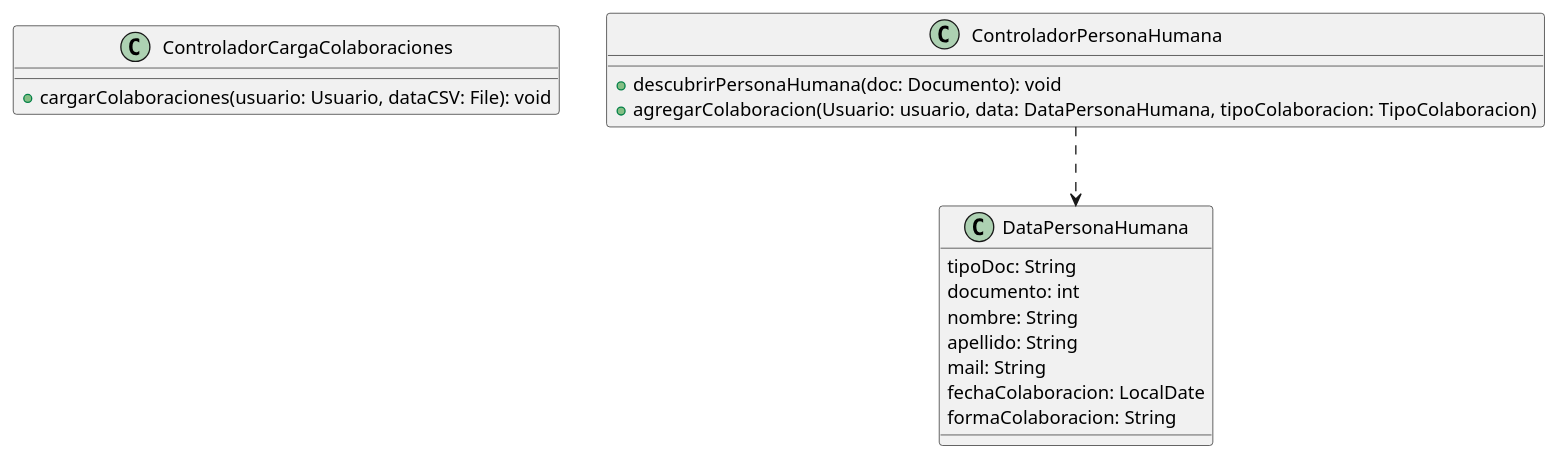
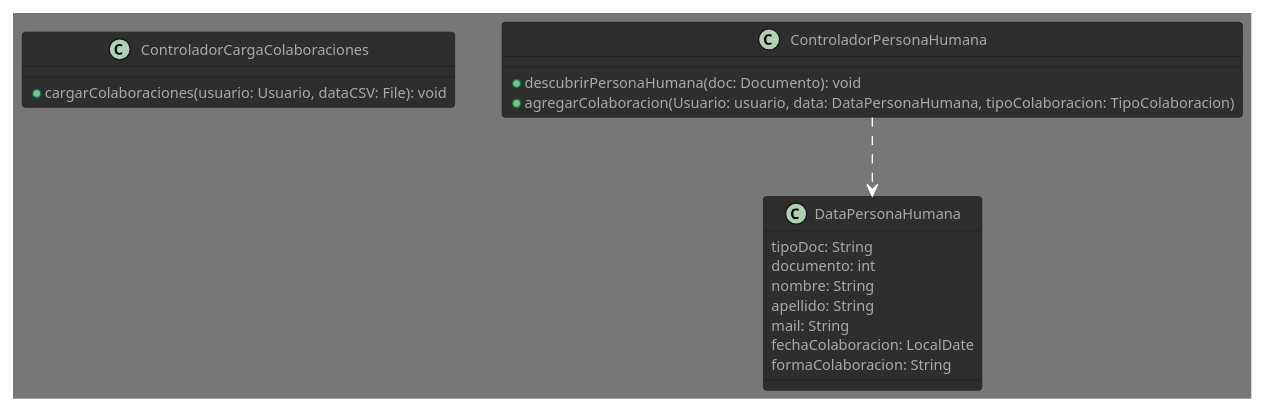
One commit to eitan-wajsberg/tp-anual-dds-2024 changed the diagram in documentos/segundaEntrega/diagramaDeClasesControladores.puml. Above: the diagram before and after it, drawn with PlantUML. The commit also changed 2 other files, not shown here.

```diff
--- a/documentos/segundaEntrega/diagramaDeClasesControladores.puml
+++ b/documentos/segundaEntrega/diagramaDeClasesControladores.puml
@@ -1,79 +1,80 @@
 @startuml diagramaDeClasesControladores
+!theme reddress-darkblue
 
 class ControladorCargaColaboraciones {
     + cargarColaboraciones(usuario: Usuario, dataCSV: File): void
 }
 
 /'
 void cargarColaboraciones(usuario: Usuario, archivoCSV: String){
     
     Permiso permisoCargarColaboraciones = RepositorioPermisos.buscar("CARGAR_COLABORACION");
     if(!usuario.getRol().tenesPermiso(permisoCargarColaboraciones)) {
         throw new PermisoInsuficienteException(permisoCargarColaboraciones);
     }
     
     // Crear un objeto Reader para el archivo CSV
     Reader reader = new FileReader(archivoCSV);
 
     // Crear un parser CSV con el formato predeterminado
     CSVParser csvParser = CSVFormat.DEFAULT.parse(reader);
 
     for (CSVRecord record : csvParser) {
         // Acceder a los valores de cada columna por su índice
         String TipoDocumento = record.get(0);
         Int DNI = record.get(1);
         Documento doc = new Documento(TipoDocumento, DNI);
         // lleno DataPersona con tipo doc, nro, nombre, apellido y mail
         controladorPersona.descubrirPersonaHumana(doc);
         ...
         TipoColaboracion colaboracion;
         switch(record.get("forma de colaboracion")){
           case "dinero":
             colaboracion = new DonacionDinero(cantidad); break;
           ...
         }
         controladorPersona.agregarColaboracionAPersona(usuario, DataPersona, colaboracion);
     }
 }
 tipo doc    documento   fecha colaboracion      forma colab         cantidad
 dni         111         25/5/2024               dinero              100
 dni         120         25/5/2024               dinero              50
 dni         111         25/5/2024               entraga_tarjetas    3
 '/
 
 class ControladorPersonaHumana {
     + descubrirPersonaHumana(doc: Documento): void
     + agregarColaboracion(Usuario: usuario, data: DataPersonaHumana, tipoColaboracion: TipoColaboracion)
 }
 
 /'
 PersonaHumana descubrirPersonaHumana(doc: Documento) {
         PersonaHumana persona = RepositorioPersonaHumana.buscar(doc);
 
         if(persona == NULL) {
             crear usuario
             crear persona humana y ponerle el usuario
 
             mandar Mail
         }
 
         crear instancias de contribuciones
         asignarlas a la persona
 
         actualizar persona en repositorio
 }
 '/
 
 ControladorPersonaHumana ..> DataPersonaHumana
 
 class DataPersonaHumana {
     tipoDoc: String
     documento: int
     nombre: String
     apellido: String
     mail: String
     fechaColaboracion: LocalDate
     formaColaboracion: String
 }
 
 @enduml
```
